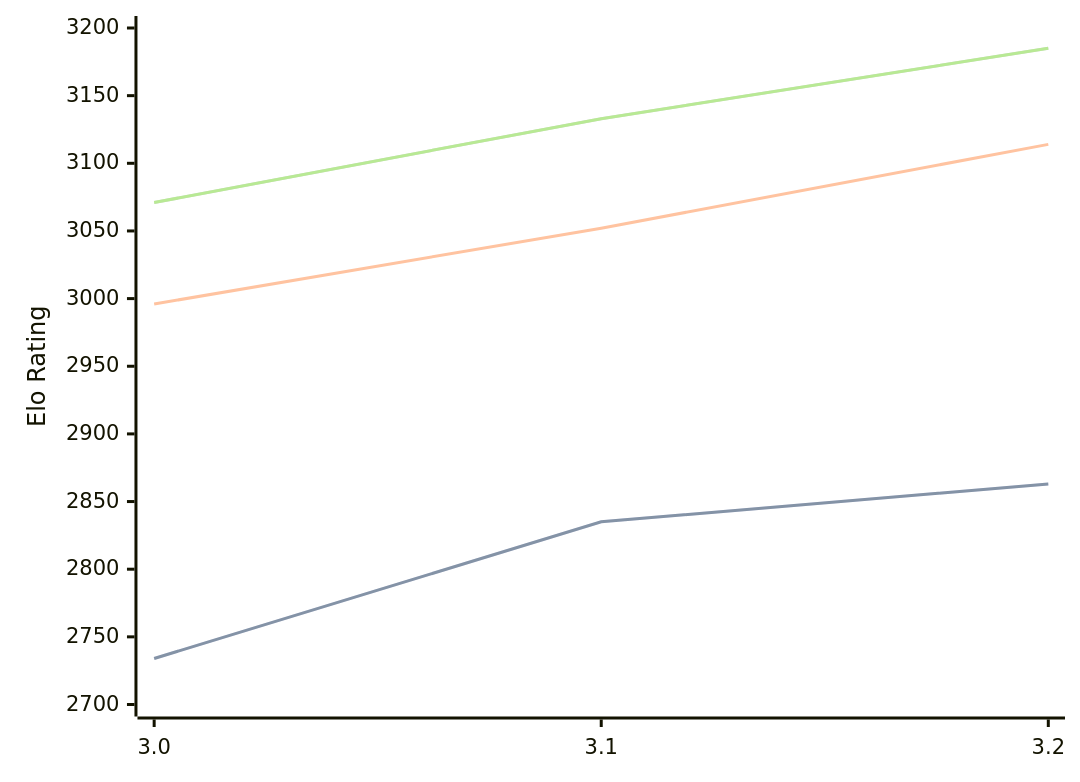
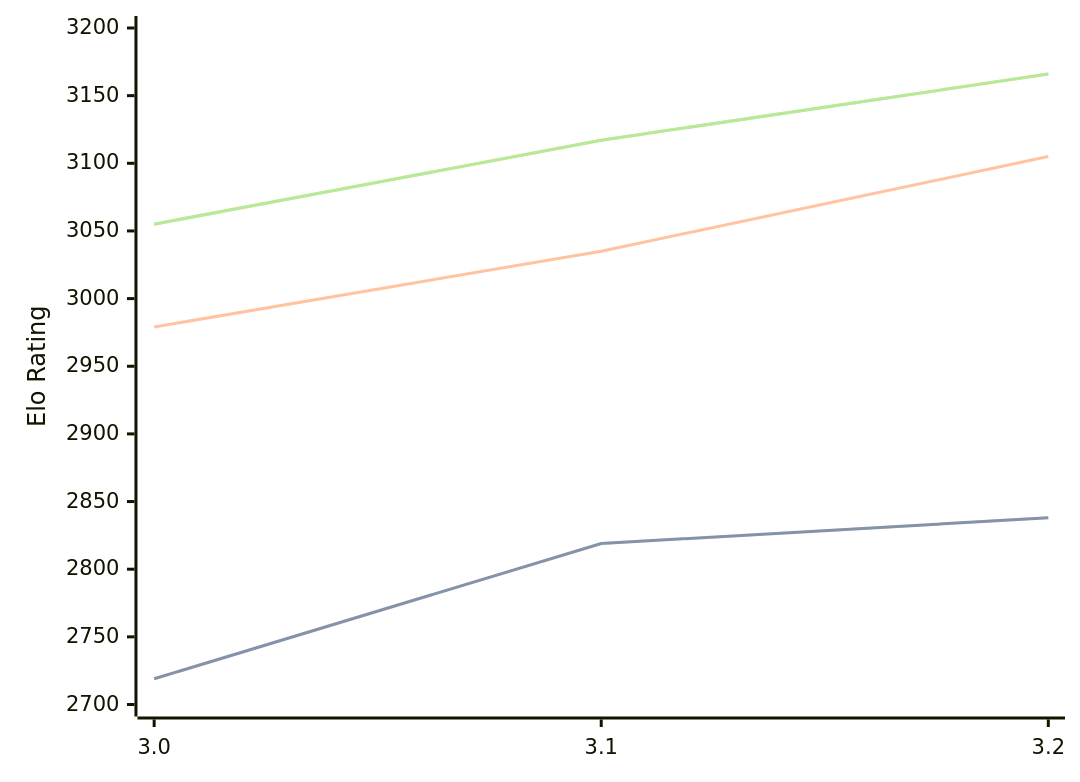
One commit to computer-chess-index/cci changed the diagram in engines/Vajolet2.md. Above: the diagram before and after it, drawn with Mermaid. The commit also changed other lines of this file, not shown here.

Commit message:
Update CCI Ratings (ELO VLTC) - 2026-05-20

````diff
--- a/engines/Vajolet2.md
+++ b/engines/Vajolet2.md
@@ -41,11 +41,11 @@
 ```mermaid
 %%{init: {"theme":"base","themeVariables":{"seriesColors:['#a3a3a3','#222221','#faa371']}}}%%
 xychart-beta
   x-axis ["3.0", "3.1", "3.2"]
   y-axis "Elo Rating" 2700 --> 3200
-  line "STC (8.0+0.08s)" [2734, 2835, 2863]
-  line "STC (8.0+0.08s)" [2734, 2835, 2863]
-  line "LTC (60.0+0.60s)" [2996, 3052, 3114]
-  line "VLTC (2m24s+1.12s)" [3071, 3133, 3185]
-  line "VLTC (2m24s+1.12s)" [3071, 3133, 3185]
+  line "STC (8.0+0.08s)" [2719, 2819, 2838]
+  line "STC (8.0+0.08s)" [2719, 2819, 2838]
+  line "LTC (60.0+0.60s)" [2979, 3035, 3105]
+  line "VLTC (2m24s+1.12s)" [3055, 3117, 3166]
+  line "VLTC (2m24s+1.12s)" [3055, 3117, 3166]
 ```
````
